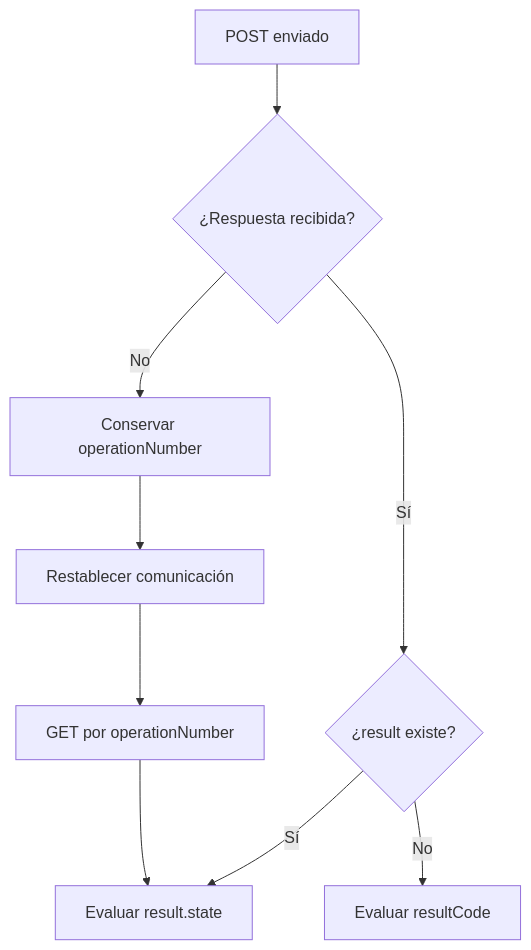
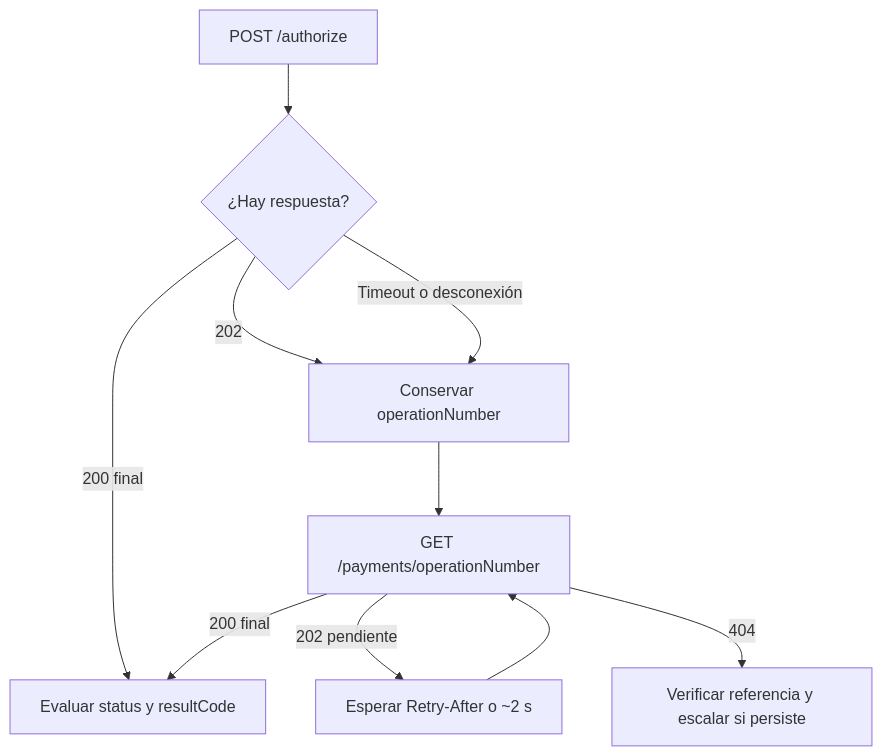
Before and after one commit to alignet-docs/alignet-developers: the second of 2 diagrams in procesamiento-fisico/alignet-transit/operacion-y-recuperacion.mdx, drawn with Mermaid. The commit also changed other lines of this file and 15 other files, not shown here.

````diff
--- a/procesamiento-fisico/alignet-transit/operacion-y-recuperacion.mdx
+++ b/procesamiento-fisico/alignet-transit/operacion-y-recuperacion.mdx
@@ -91,11 +55,12 @@
 ```mermaid
 flowchart TD
-    START[POST enviado] --> RESPONSE{¿Respuesta recibida?}
-    RESPONSE -->|Sí| RESULT{¿result existe?}
-    RESULT -->|Sí| STATE[Evaluar result.state]
-    RESULT -->|No| CODE[Evaluar resultCode]
-    RESPONSE -->|No| UNKNOWN[Conservar operationNumber]
-    UNKNOWN --> RESTORE[Restablecer comunicación]
-    RESTORE --> QUERY[GET por operationNumber]
-    QUERY --> STATE
+    POST[POST /authorize] --> RESPONSE{¿Hay respuesta?}
+    RESPONSE -->|200 final| FINAL[Evaluar status y resultCode]
+    RESPONSE -->|202| STORE[Conservar operationNumber]
+    RESPONSE -->|Timeout o desconexión| STORE
+    STORE --> GET[GET /payments/operationNumber]
+    GET -->|200 final| FINAL
+    GET -->|202 pendiente| WAIT[Esperar Retry-After o ~2 s]
+    WAIT --> GET
+    GET -->|404| REVIEW[Verificar referencia y escalar si persiste]
 ```
````
